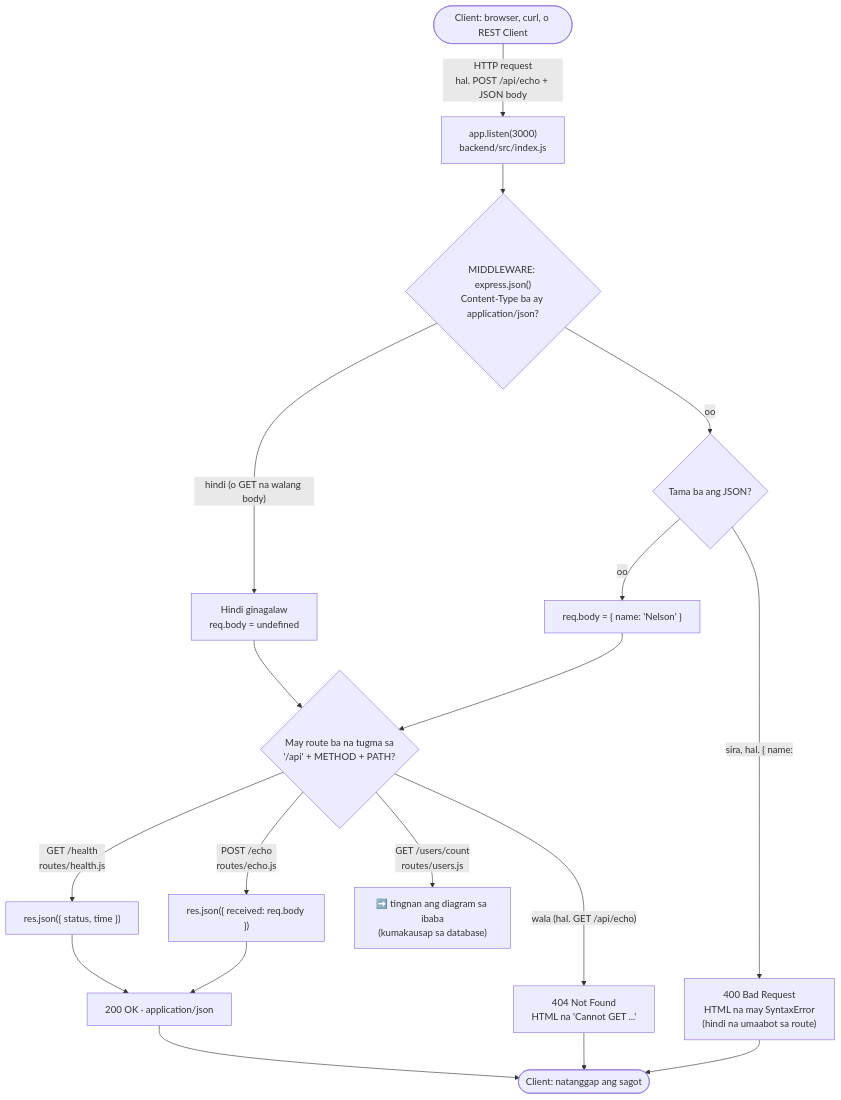
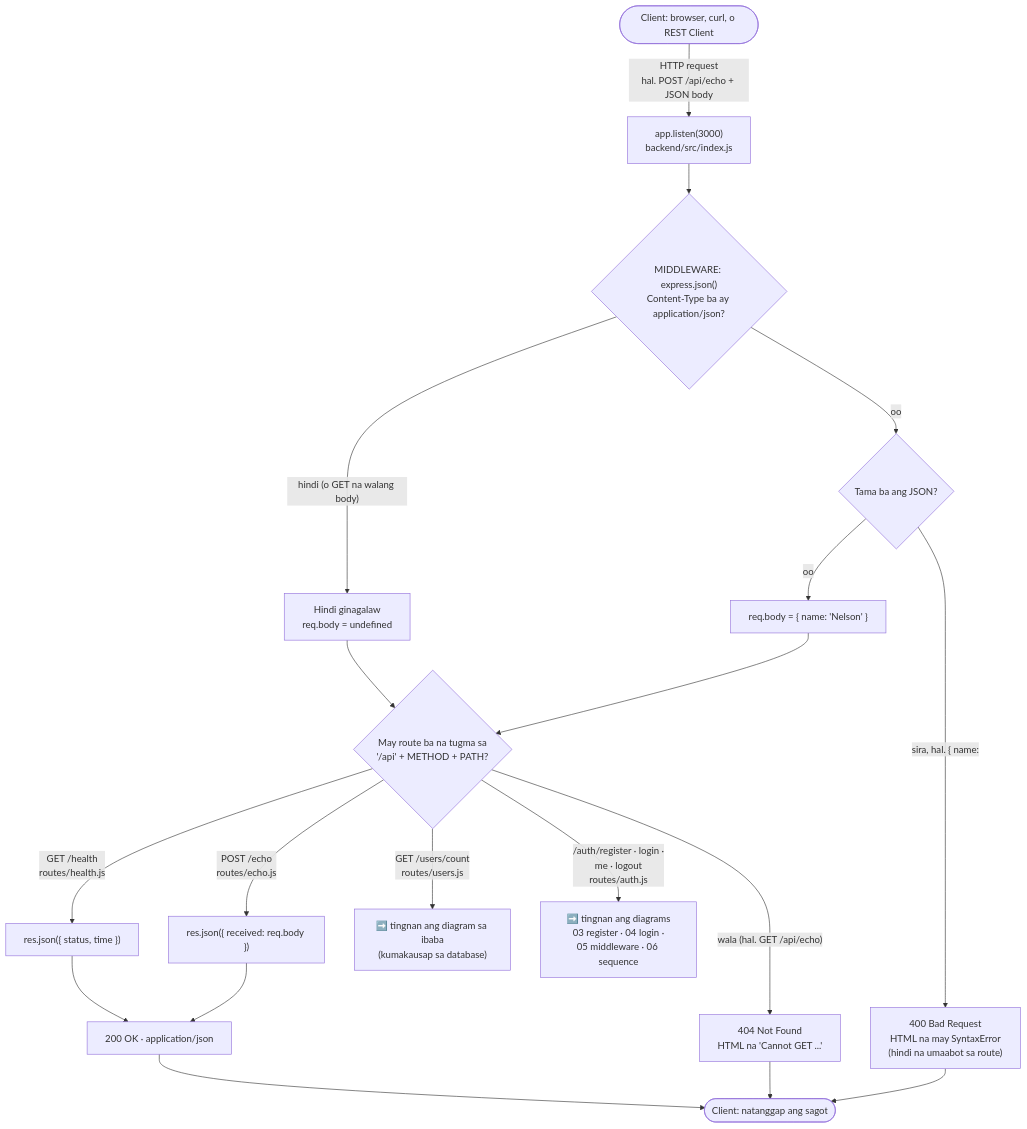
Before and after one commit to nelson1869-ai/auth-learning: the first of 2 diagrams in docs/diagrams/01-request-lifecycle.md, drawn with Mermaid. The commit also changed other lines of this file and 5 other files, not shown here.

First line of the commit message:
docs: day 19 review — restore missing login request, sync architecture and diagrams

````diff
--- a/docs/diagrams/01-request-lifecycle.md
+++ b/docs/diagrams/01-request-lifecycle.md
@@ -10,20 +10,21 @@
 ```mermaid
 flowchart TD
     Start(["Client: browser, curl, o REST Client"]) -->|"HTTP request<br/>hal. POST /api/echo + JSON body"| Listen["app.listen(3000)<br/>backend/src/index.js"]
     Listen --> Json{"MIDDLEWARE: express.json()<br/>Content-Type ba ay application/json?"}
     Json -->|"hindi (o GET na walang body)"| Skip["Hindi ginagalaw<br/>req.body = undefined"]
     Json -->|"oo"| Parse{"Tama ba ang JSON?"}
     Parse -->|"oo"| Body["req.body = { name: 'Nelson' }"]
     Parse -->|"sira, hal. { name:"| Bad["400 Bad Request<br/>HTML na may SyntaxError<br/>(hindi na umaabot sa route)"]
     Skip --> Match
     Body --> Match{"May route ba na tugma sa<br/>'/api' + METHOD + PATH?"}
     Match -->|"GET /health<br/>routes/health.js"| Health["res.json({ status, time })"]
     Match -->|"POST /echo<br/>routes/echo.js"| Echo["res.json({ received: req.body })"]
     Match -->|"GET /users/count<br/>routes/users.js"| Users["➡️ tingnan ang diagram sa ibaba<br/>(kumakausap sa database)"]
+    Match -->|"/auth/register · login ·<br/>me · logout<br/>routes/auth.js"| AuthR["➡️ tingnan ang diagrams<br/>03 register · 04 login ·<br/>05 middleware · 06 sequence"]
     Match -->|"wala (hal. GET /api/echo)"| NotFound["404 Not Found<br/>HTML na 'Cannot GET ...'"]
     Health --> OK["200 OK · application/json"]
     Echo --> OK
     OK --> Done(["Client: natanggap ang sagot"])
     Bad --> Done
     NotFound --> Done
 ```
````
